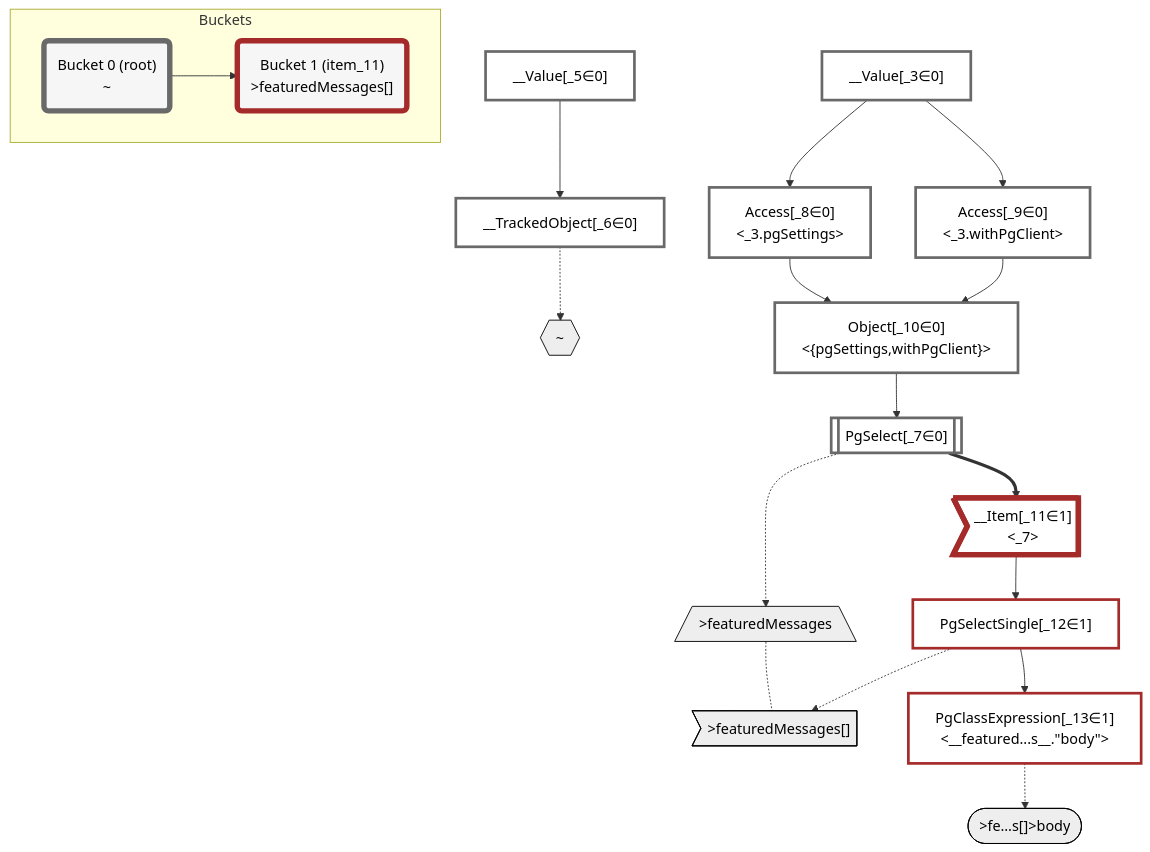
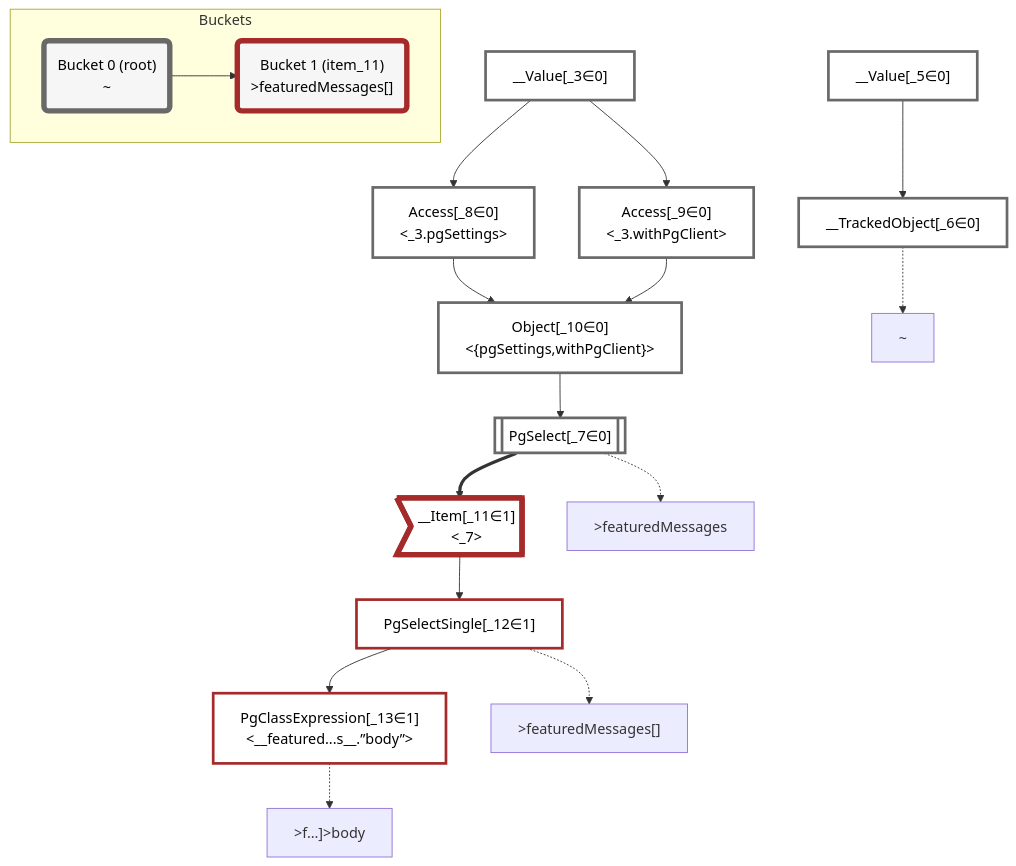
One commit to graphile/crystal changed the diagram in packages/dataplan-pg/__tests__/queries/functions/custom-query-setof-message.deopt.mermaid.md. Above: the diagram before and after it, drawn with Mermaid. The commit also changed 195 other files, not shown here.

````diff
--- a/packages/dataplan-pg/__tests__/queries/functions/custom-query-setof-message.deopt.mermaid.md
+++ b/packages/dataplan-pg/__tests__/queries/functions/custom-query-setof-message.deopt.mermaid.md
@@ -1,61 +1,56 @@
 ```mermaid
 graph TD
     classDef path fill:#eee,stroke:#000,color:#000
     classDef plan fill:#fff,stroke-width:3px,color:#000
     classDef itemplan fill:#fff,stroke-width:6px,color:#000
     classDef sideeffectplan fill:#f00,stroke-width:6px,color:#000
     classDef bucket fill:#f6f6f6,color:#000,stroke-width:6px
 
-    %% subgraph fields
-    P1{{"~"}}:::path
-    P2[/">featuredMessages"\]:::path
-    P3>">featuredMessages[]"]:::path
-    P2 -.- P3
-    P4([">fe…s[]>body"]):::path
-    %% P3 -.-> P4
-    %% P1 -.-> P2
-    %% end
 
     %% define plans
     __Value_3["__Value[_3∈0]<br /><context>"]:::plan
     __Value_5["__Value[_5∈0]<br /><rootValue>"]:::plan
     __TrackedObject_6["__TrackedObject[_6∈0]"]:::plan
     PgSelect_7[["PgSelect[_7∈0]<br /><featured_messages>"]]:::plan
     Access_8["Access[_8∈0]<br /><_3.pgSettings>"]:::plan
     Access_9["Access[_9∈0]<br /><_3.withPgClient>"]:::plan
     Object_10["Object[_10∈0]<br /><{pgSettings,withPgClient}>"]:::plan
     __Item_11>"__Item[_11∈1]<br /><_7>"]:::itemplan
     PgSelectSingle_12["PgSelectSingle[_12∈1]<br /><featured_messages>"]:::plan
-    PgClassExpression_13["PgClassExpression[_13∈1]<br /><__featured...s__.#quot;body#quot;>"]:::plan
+    PgClassExpression_13["PgClassExpression[_13∈1]<br /><__featured...s__.”body”>"]:::plan
 
     %% plan dependencies
     __Value_5 --> __TrackedObject_6
     Object_10 --> PgSelect_7
     __Value_3 --> Access_8
     __Value_3 --> Access_9
     Access_8 --> Object_10
     Access_9 --> Object_10
     PgSelect_7 ==> __Item_11
     __Item_11 --> PgSelectSingle_12
     PgSelectSingle_12 --> PgClassExpression_13
 
     %% plan-to-path relationships
+    P1["~"]
     __TrackedObject_6 -.-> P1
+    P2[">featuredMessages"]
     PgSelect_7 -.-> P2
+    P3[">featuredMessages[]"]
     PgSelectSingle_12 -.-> P3
+    P4[">f…]>body"]
     PgClassExpression_13 -.-> P4
 
     %% allocate buckets
     classDef bucket0 stroke:#696969
     class __Value_3,__Value_5,__TrackedObject_6,PgSelect_7,Access_8,Access_9,Object_10 bucket0
     classDef bucket1 stroke:#a52a2a
     class __Item_11,PgSelectSingle_12,PgClassExpression_13 bucket1
 
     subgraph Buckets
     Bucket0("Bucket 0 (root)<br />~"):::bucket
     style Bucket0 stroke:#696969
     Bucket1("Bucket 1 (item_11)<br />>featuredMessages[]"):::bucket
     style Bucket1 stroke:#a52a2a
     Bucket0 --> Bucket1
     end
 ```
````
